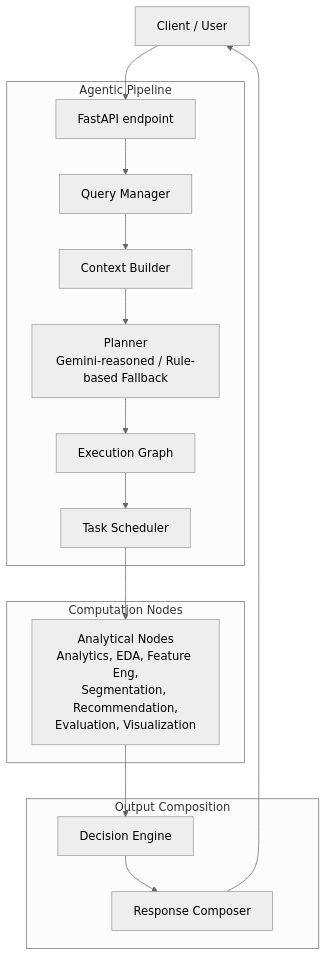
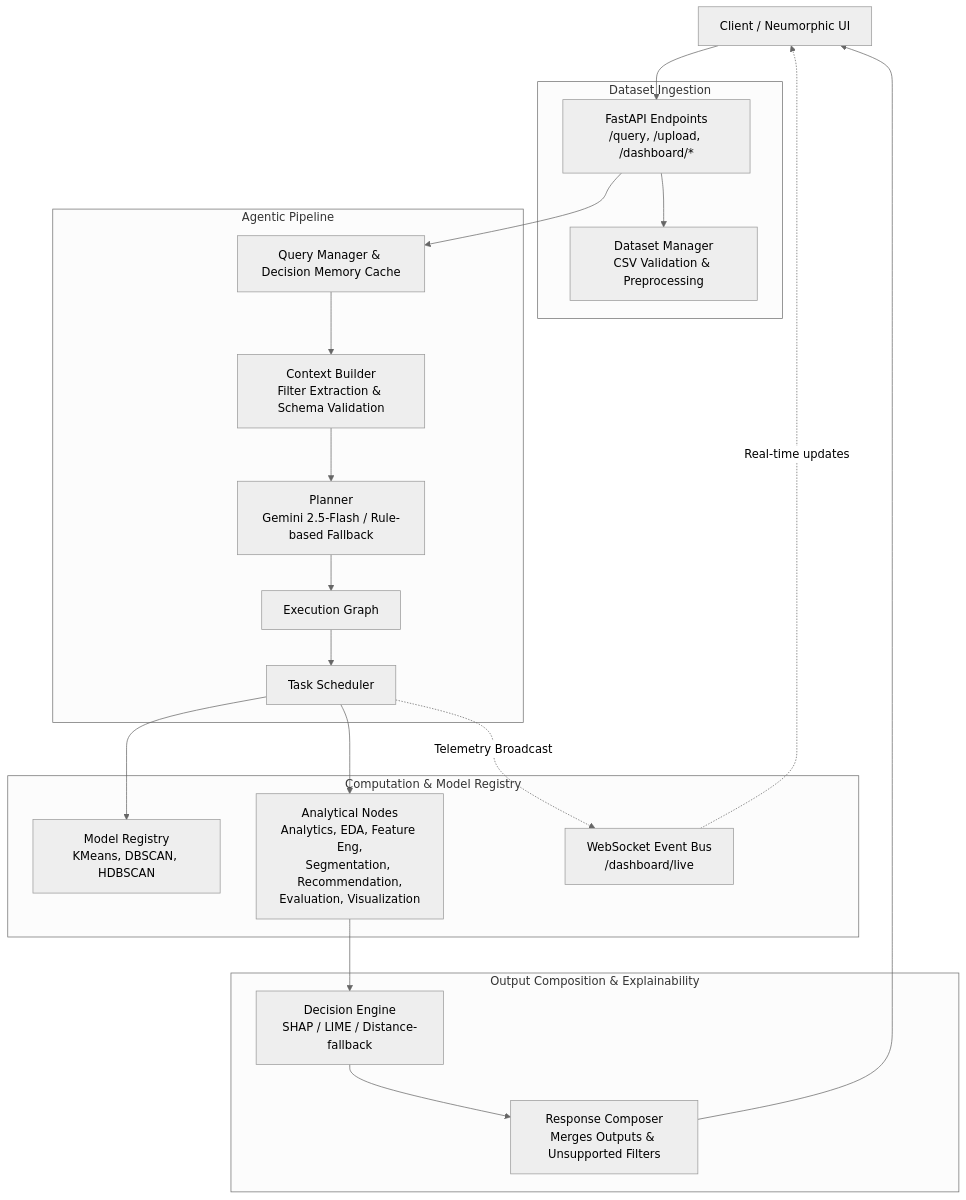
One commit to ak-1344/Aster changed the diagram in docs/ARCHITECTURE.md. Above: the diagram before and after it, drawn with Mermaid (neutral theme). The commit also changed other lines of this file and 7 other files, not shown here.

````diff
--- a/docs/ARCHITECTURE.md
+++ b/docs/ARCHITECTURE.md
@@ -13,23 +13,30 @@
 ```mermaid
 flowchart TD
-    Client[Client / User] --> API[FastAPI endpoint]
+    Client[Client / Neumorphic UI] --> API[FastAPI Endpoints<br/>/query, /upload, /dashboard/*]
     
+    subgraph Dataset Ingestion
+        API --> DM[Dataset Manager<br/>CSV Validation & Preprocessing]
+    end
+
     subgraph Agentic Pipeline
-        API --> QM[Query Manager]
-        QM --> CB[Context Builder]
-        CB --> Planner[Planner<br/>Gemini-reasoned / Rule-based Fallback]
+        API --> QM[Query Manager & Decision Memory Cache]
+        QM --> CB[Context Builder<br/>Filter Extraction & Schema Validation]
+        CB --> Planner[Planner<br/>Gemini 2.5-Flash / Rule-based Fallback]
         Planner --> EG[Execution Graph]
         EG --> Scheduler[Task Scheduler]
     end
     
-    subgraph Computation Nodes
+    subgraph Computation & Model Registry
+        Scheduler --> Registry[Model Registry<br/>KMeans, DBSCAN, HDBSCAN]
         Scheduler --> Nodes[Analytical Nodes<br/>Analytics, EDA, Feature Eng,<br/>Segmentation, Recommendation,<br/>Evaluation, Visualization]
+        Scheduler -. Telemetry Broadcast .-> EventBus[WebSocket Event Bus<br/>/dashboard/live]
     end
     
-    subgraph Output Composition
-        Nodes --> DE[Decision Engine]
-        DE --> RC[Response Composer]
+    subgraph Output Composition & Explainability
+        Nodes --> DE[Decision Engine<br/>SHAP / LIME / Distance-fallback]
+        DE --> RC[Response Composer<br/>Merges Outputs & Unsupported Filters]
     end
     
     RC --> Client
+    EventBus -. Real-time updates .-> Client
 ```
````
